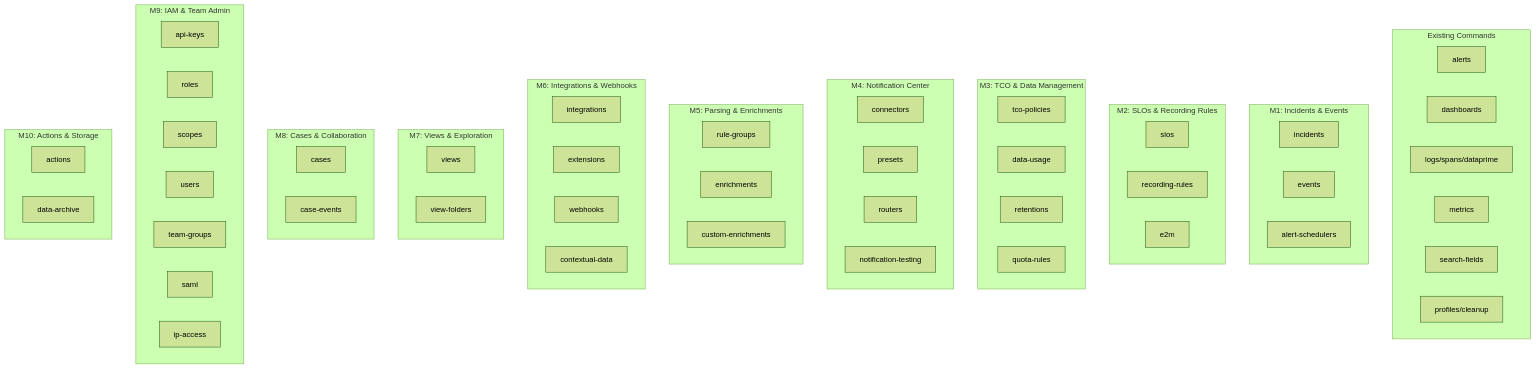
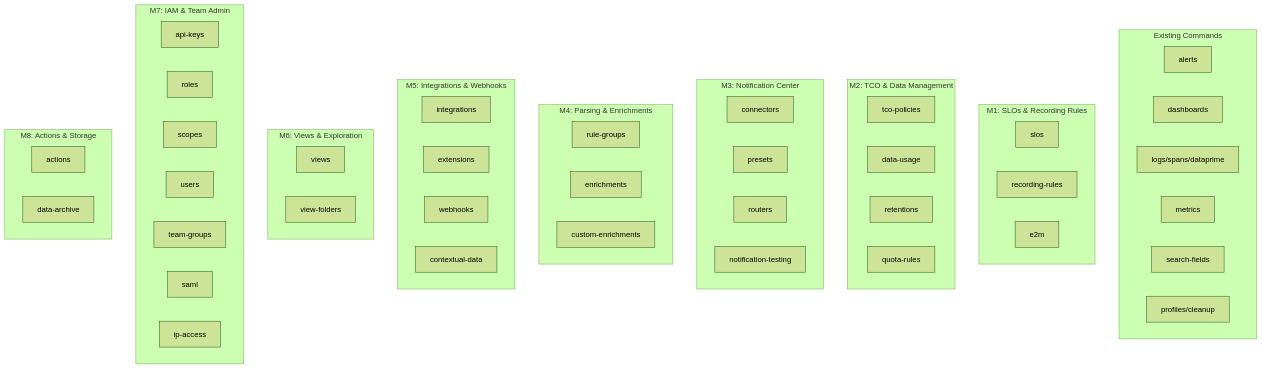
The diagram in plans/coralogix-full-api-coverage.plan.md (coralogix/cx-cli), drawn with Mermaid (forest theme) before and after one commit. The commit also changed other lines of this file, not shown here.

Commit message:
Remove commands related to APIs that are not working: alert events alert schedulers Cases case events Incidents

````diff
--- a/plans/coralogix-full-api-coverage.plan.md
+++ b/plans/coralogix-full-api-coverage.plan.md
@@ -77,75 +72,64 @@
 ```mermaid
 graph TD
     subgraph "Existing Commands"
         A[alerts] 
         B[dashboards]
         C[logs/spans/dataprime]
         D[metrics]
         E[search-fields]
         F[profiles/cleanup]
     end
 
-    subgraph "M1: Incidents & Events"
-        G[incidents]
-        H[events]
-        I[alert-schedulers]
-    end
-
-    subgraph "M2: SLOs & Recording Rules"
+subgraph "M1: SLOs & Recording Rules"
         J[slos]
         K[recording-rules]
         L[e2m]
     end
 
-    subgraph "M3: TCO & Data Management"
+    subgraph "M2: TCO & Data Management"
         M[tco-policies]
         N[data-usage]
         O[retentions]
         P[quota-rules]
     end
 
-    subgraph "M4: Notification Center"
+    subgraph "M3: Notification Center"
         Q[connectors]
         R[presets]
         S[routers]
         T[notification-testing]
     end
 
-    subgraph "M5: Parsing & Enrichments"
+    subgraph "M4: Parsing & Enrichments"
         U[rule-groups]
         V[enrichments]
         W[custom-enrichments]
     end
 
-    subgraph "M6: Integrations & Webhooks"
+    subgraph "M5: Integrations & Webhooks"
         X[integrations]
         Y[extensions]
         Z[webhooks]
         AA[contextual-data]
     end
 
-    subgraph "M7: Views & Exploration"
+    subgraph "M6: Views & Exploration"
         AB[views]
         AC[view-folders]
     end
 
-    subgraph "M8: Cases & Collaboration"
-        AD[cases]
-        AE[case-events]
-    end
-
-    subgraph "M9: IAM & Team Admin"
+subgraph "M7: IAM & Team Admin"
         AF[api-keys]
         AG[roles]
         AH[scopes]
         AI[users]
         AJ[team-groups]
         AK[saml]
         AL[ip-access]
     end
 
-    subgraph "M10: Actions & Storage"
+    subgraph "M8: Actions & Storage"
         AM[actions]
         AN[data-archive]
     end
 ```
````
